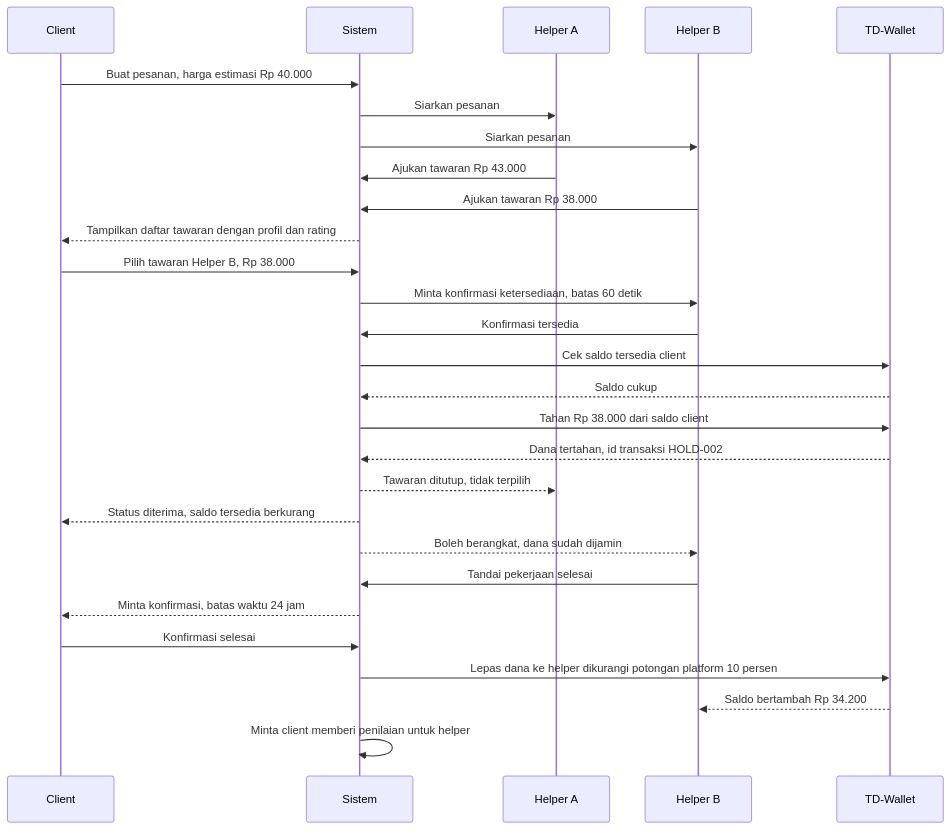
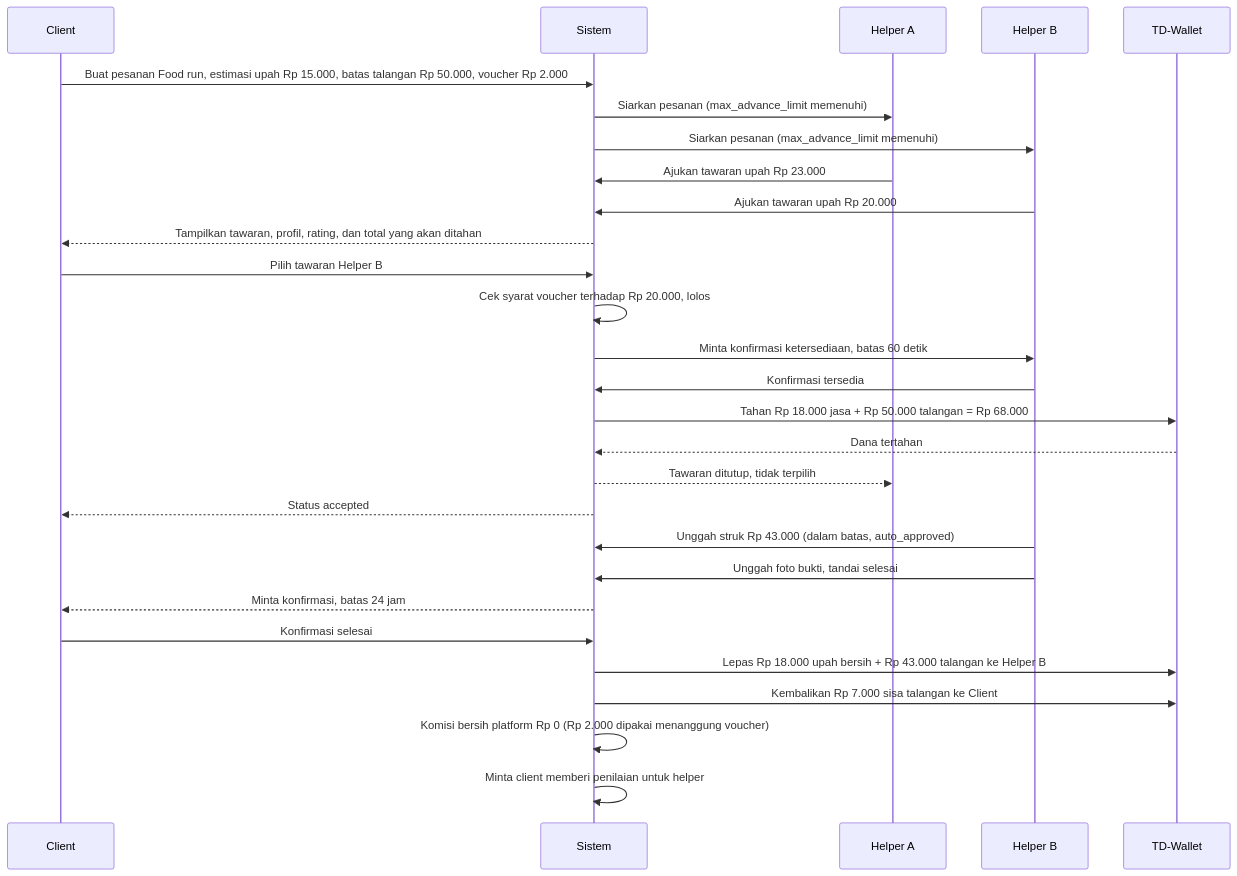
The first of 2 diagrams in 04_dual-role-transaction-analysis.md (Davi-ARD/tolongindong-docs), drawn with Mermaid before and after one commit. The commit also changed other lines of this file and 10 other files, not shown here.

Commit message:
docs: terapkan keputusan sinkronisasi pasca ERD final (DEC-14 sampai DEC-24, class diagram)

````diff
--- a/04_dual-role-transaction-analysis.md
+++ b/04_dual-role-transaction-analysis.md
@@ -41,31 +41,31 @@
 ```mermaid
 sequenceDiagram
     participant C as Client
     participant S as Sistem
     participant H1 as Helper A
     participant H2 as Helper B
     participant W as TD-Wallet
 
-    C->>S: Buat pesanan, harga estimasi Rp 40.000
-    S->>H1: Siarkan pesanan
-    S->>H2: Siarkan pesanan
-    H1->>S: Ajukan tawaran Rp 43.000
-    H2->>S: Ajukan tawaran Rp 38.000
-    S-->>C: Tampilkan daftar tawaran dengan profil dan rating
-    C->>S: Pilih tawaran Helper B, Rp 38.000
+    C->>S: Buat pesanan Food run, estimasi upah Rp 15.000, batas talangan Rp 50.000, voucher Rp 2.000
+    S->>H1: Siarkan pesanan (max_advance_limit memenuhi)
+    S->>H2: Siarkan pesanan (max_advance_limit memenuhi)
+    H1->>S: Ajukan tawaran upah Rp 23.000
+    H2->>S: Ajukan tawaran upah Rp 20.000
+    S-->>C: Tampilkan tawaran, profil, rating, dan total yang akan ditahan
+    C->>S: Pilih tawaran Helper B
+    S->>S: Cek syarat voucher terhadap Rp 20.000, lolos
     S->>H2: Minta konfirmasi ketersediaan, batas 60 detik
     H2->>S: Konfirmasi tersedia
-    S->>W: Cek saldo tersedia client
-    W-->>S: Saldo cukup
-    S->>W: Tahan Rp 38.000 dari saldo client
-    W-->>S: Dana tertahan, id transaksi HOLD-002
+    S->>W: Tahan Rp 18.000 jasa + Rp 50.000 talangan = Rp 68.000
+    W-->>S: Dana tertahan
     S-->>H1: Tawaran ditutup, tidak terpilih
-    S-->>C: Status diterima, saldo tersedia berkurang
-    S-->>H2: Boleh berangkat, dana sudah dijamin
-    H2->>S: Tandai pekerjaan selesai
-    S-->>C: Minta konfirmasi, batas waktu 24 jam
+    S-->>C: Status accepted
+    H2->>S: Unggah struk Rp 43.000 (dalam batas, auto_approved)
+    H2->>S: Unggah foto bukti, tandai selesai
+    S-->>C: Minta konfirmasi, batas 24 jam
     C->>S: Konfirmasi selesai
-    S->>W: Lepas dana ke helper dikurangi potongan platform 10 persen
-    W-->>H2: Saldo bertambah Rp 34.200
+    S->>W: Lepas Rp 18.000 upah bersih + Rp 43.000 talangan ke Helper B
+    S->>W: Kembalikan Rp 7.000 sisa talangan ke Client
+    S->>S: Komisi bersih platform Rp 0 (Rp 2.000 dipakai menanggung voucher)
     S->>S: Minta client memberi penilaian untuk helper
 ```
````
